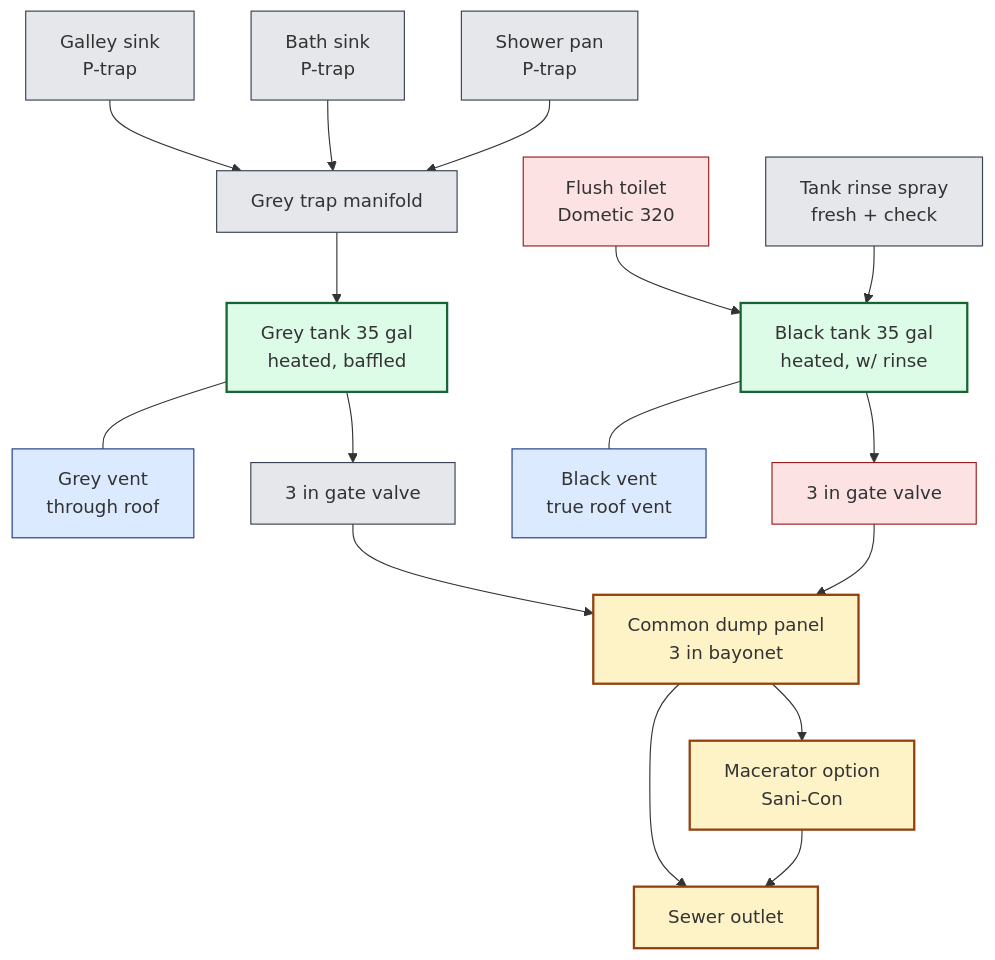
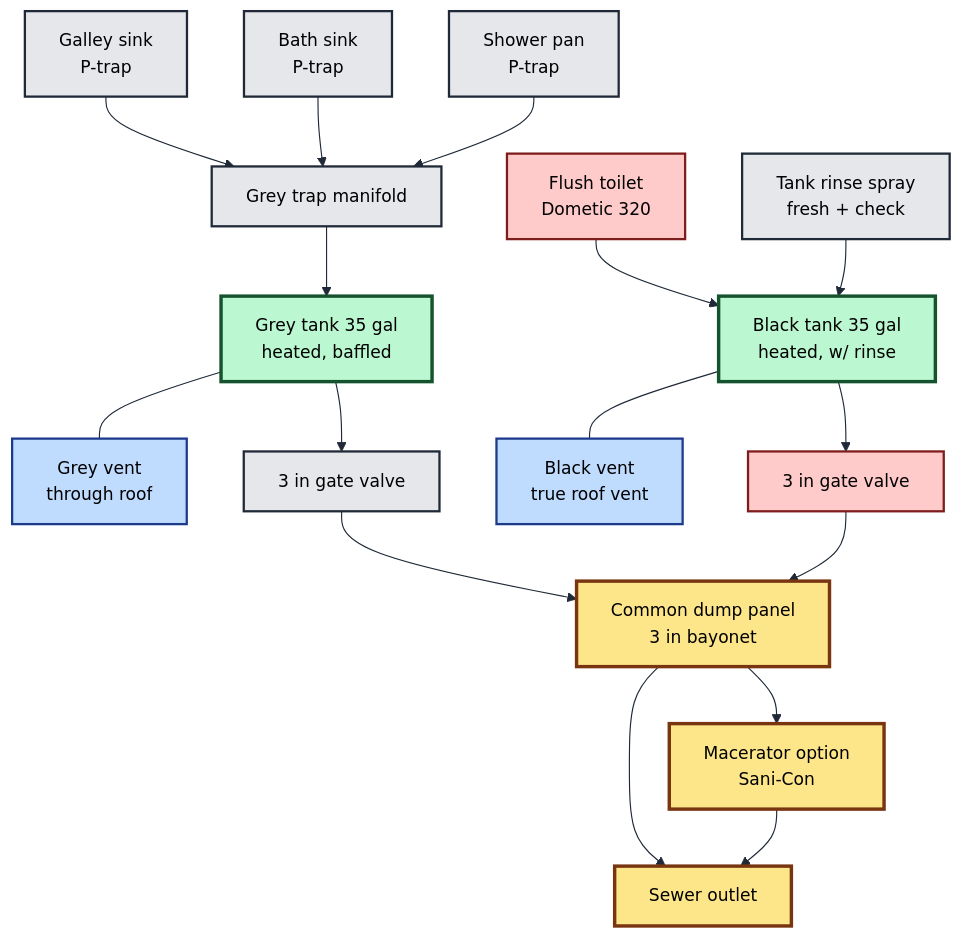
One commit to glonnon/diyearthroamer changed the diagram in diagrams/plumbing-drains.mmd. Above: the diagram before and after it, drawn with Mermaid. The commit also changed 15 other files, not shown here.

First line of the commit message:
Mermaid contrast fixes + dinette / bath / wardrobe / cabover modules

```diff
--- a/diagrams/plumbing-drains.mmd
+++ b/diagrams/plumbing-drains.mmd
@@ -1,40 +1,41 @@
 %% Plumbing — Drains and waste
 %% Render: mmdc -i diagrams/plumbing-drains.mmd -o diagrams/plumbing-drains.svg
+%%{init: {'theme':'base','themeVariables':{'primaryColor':'#fff','primaryTextColor':'#000','primaryBorderColor':'#000','lineColor':'#1f2937','fontFamily':'Inter, system-ui, sans-serif','fontSize':'15px'}}}%%
 flowchart TB
-    classDef grey fill:#e5e7eb,stroke:#374151,stroke-width:1px
-    classDef black fill:#fde2e4,stroke:#991b1b,stroke-width:1px
-    classDef tank fill:#dcfce7,stroke:#166534,stroke-width:2px
-    classDef vent fill:#dbeafe,stroke:#1e3a8a,stroke-width:1px
-    classDef out fill:#fef3c7,stroke:#92400e,stroke-width:2px
+    classDef grey fill:#e5e7eb,stroke:#1f2937,stroke-width:2px,color:#000
+    classDef black fill:#fecaca,stroke:#7f1d1d,stroke-width:2px,color:#000
+    classDef tank fill:#bbf7d0,stroke:#14532d,stroke-width:3px,color:#000
+    classDef vent fill:#bfdbfe,stroke:#1e3a8a,stroke-width:2px,color:#000
+    classDef out fill:#fde68a,stroke:#78350f,stroke-width:3px,color:#000
 
     GalleySink[Galley sink<br/>P-trap]:::grey
     BathSink[Bath sink<br/>P-trap]:::grey
     Shower[Shower pan<br/>P-trap]:::grey
     GreyManifold[Grey trap manifold]:::grey
     GreyTank[Grey tank 35 gal<br/>heated, baffled]:::tank
     GreyVent[Grey vent<br/>through roof]:::vent
     GreyValve[3 in gate valve]:::grey
 
     Toilet[Flush toilet<br/>Dometic 320]:::black
     BlackTank[Black tank 35 gal<br/>heated, w/ rinse]:::tank
     BlackVent[Black vent<br/>true roof vent]:::vent
     BlackValve[3 in gate valve]:::black
     Rinse[Tank rinse spray<br/>fresh + check]:::grey
 
     DumpPanel[Common dump panel<br/>3 in bayonet]:::out
     Macerator[Macerator option<br/>Sani-Con]:::out
     Sewer[Sewer outlet]:::out
 
     GalleySink --> GreyManifold
     BathSink --> GreyManifold
     Shower --> GreyManifold
     GreyManifold --> GreyTank
     GreyTank --- GreyVent
     GreyTank --> GreyValve --> DumpPanel
 
     Toilet --> BlackTank
     BlackTank --- BlackVent
     Rinse --> BlackTank
     BlackTank --> BlackValve --> DumpPanel
     DumpPanel --> Sewer
     DumpPanel --> Macerator --> Sewer
```
